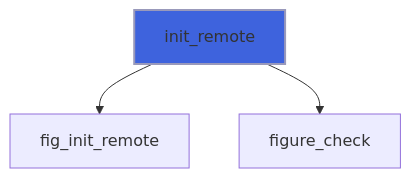
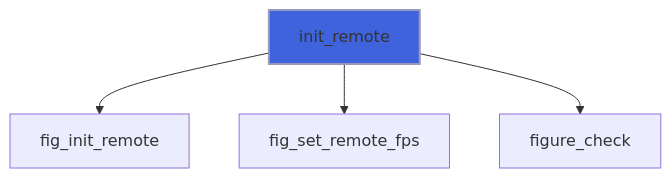
The fourth of 14 diagrams in docs/api/src/lib/figure_app.md (szaghi/figure), drawn with Mermaid before and after one commit. The commit also changed other lines of this file and 11 other files, not shown here.

````diff
--- a/docs/api/src/lib/figure_app.md
+++ b/docs/api/src/lib/figure_app.md
@@ -173,6 +178,7 @@
 ```mermaid
 flowchart TD
   init_remote["init_remote"] --> fig_init_remote["fig_init_remote"]
+  init_remote["init_remote"] --> fig_set_remote_fps["fig_set_remote_fps"]
   init_remote["init_remote"] --> figure_check["figure_check"]
   style init_remote fill:#3e63dd,stroke:#99b,stroke-width:2px
 ```
````
